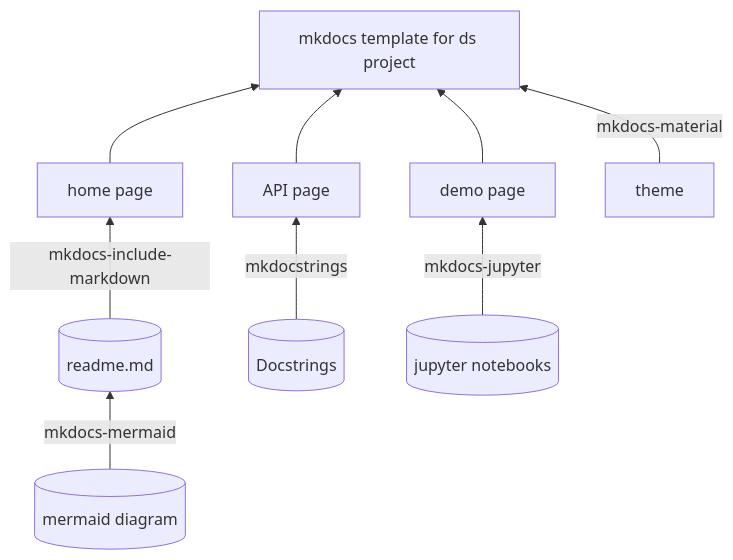
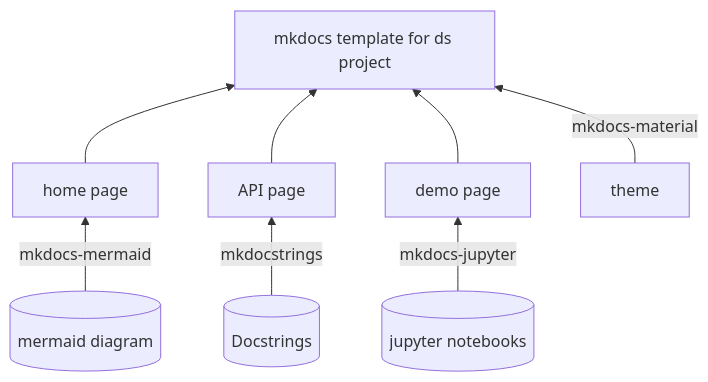
The diagram in README.md (leowu4ever/MkDocs-template-data-science), drawn with Mermaid before and after one commit. The commit also changed other lines of this file and 2 other files, not shown here.

````diff
--- a/README.md
+++ b/README.md
@@ -9,23 +9,21 @@
 ```mermaid
 %%{init: {'theme':'default'}}%%
 flowchart BT
 
 home[home page]
 api[API page]
 demo[demo page]
-readme[(readme.md)]
 mermaid[(mermaid diagram)]
 docstring[(Docstrings)]
 jupyter[(jupyter notebooks)]
 template[mkdocs template for ds project]
 theme[theme]
 
 home -->template
 api-->template
 demo-->template
-readme --mkdocs-include-markdown-->home
-mermaid --mkdocs-mermaid--> readme
+mermaid --mkdocs-mermaid--> home
 docstring --mkdocstrings--> api
 jupyter --mkdocs-jupyter--> demo
 theme --mkdocs-material-->template
 ```
````
